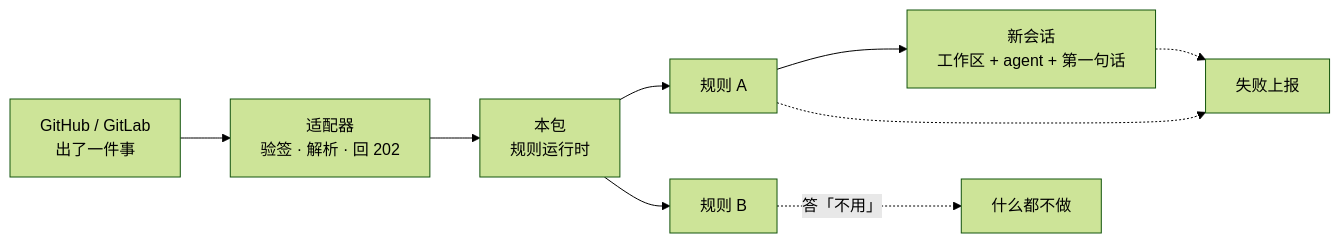
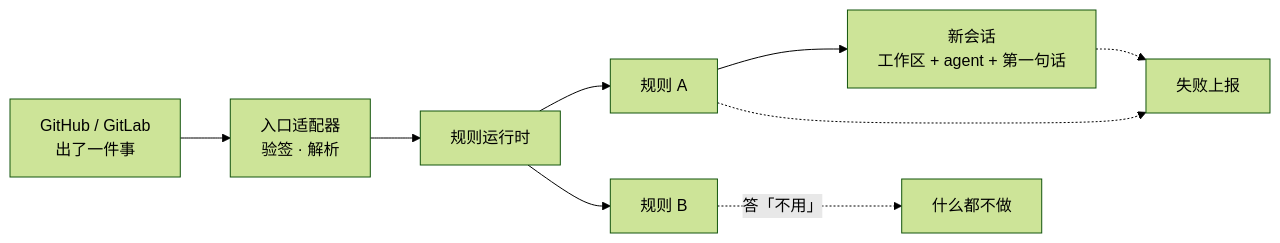
The first of 7 diagrams in docs/modules/webhook.md (snight1983/ds-harness-go), drawn with Mermaid (forest theme) before and after one commit. The commit also changed other lines of this file and 264 other files, not shown here.

````diff
--- a/docs/modules/webhook.md
+++ b/docs/modules/webhook.md
@@ -24,16 +24,16 @@
 ```mermaid
 flowchart LR
     EXT["GitHub / GitLab<br/>出了一件事"]
-    ADP["适配器<br/>验签 · 解析 · 回 202"]
-    RT["本包<br/>规则运行时"]
+    ADP["入口适配器<br/>验签 · 解析"]
+    RT["规则运行时"]
     R1["规则 A"]
     R2["规则 B"]
     SESS["新会话<br/>工作区 + agent + 第一句话"]
     RPT["失败上报"]
 
     EXT --> ADP --> RT
     RT --> R1 --> SESS
     RT --> R2 -.->|"答「不用」"| X["什么都不做"]
     SESS -.-> RPT
     R1 -.-> RPT
 ```
````
